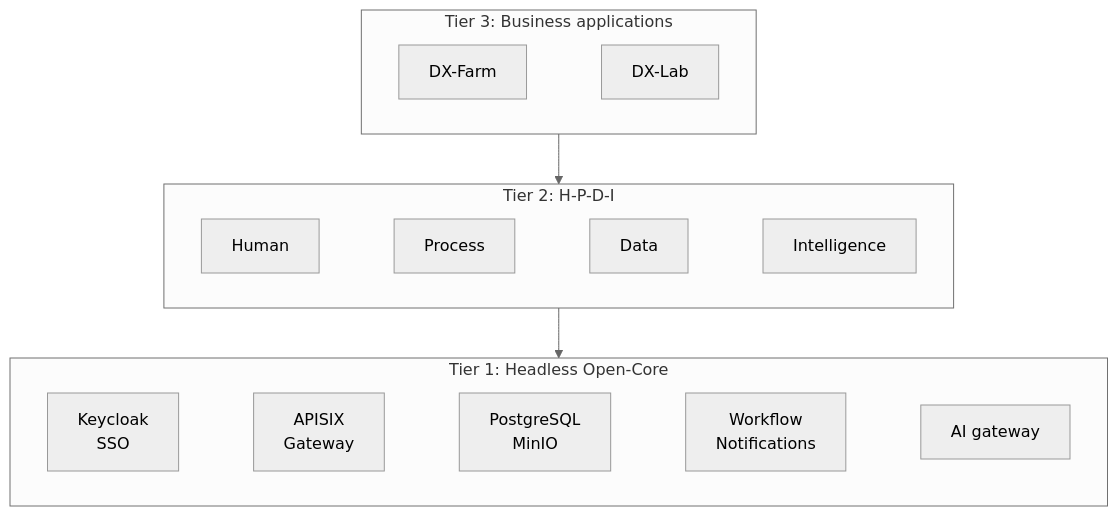
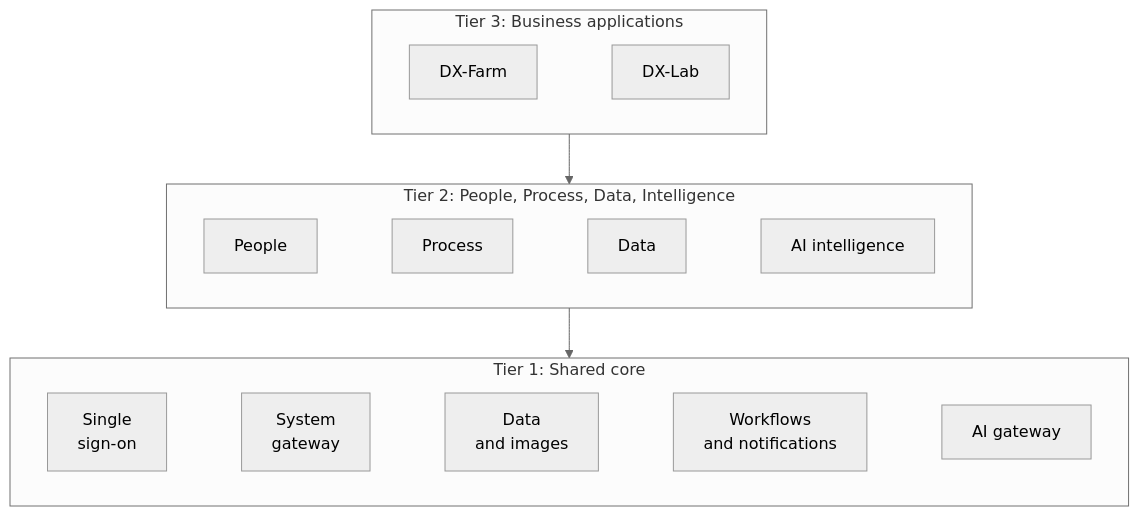
The diagram in README_EN.md (HaUI-ImplSolution/DX-OS), drawn with Mermaid (neutral theme) before and after one commit. The commit also changed other lines of this file and 1 other file, not shown here.

````diff
--- a/README_EN.md
+++ b/README_EN.md
@@ -57,16 +30,16 @@
 ```mermaid
 flowchart TB
   subgraph T3["Tier 3: Business applications"]
     direction LR
     FARM["DX-Farm"] ~~~ LAB["DX-Lab"]
   end
-  subgraph T2["Tier 2: H-P-D-I"]
+  subgraph T2["Tier 2: People, Process, Data, Intelligence"]
     direction LR
-    H["Human"] ~~~ P["Process"] ~~~ D["Data"] ~~~ I["Intelligence"]
+    H["People"] ~~~ P["Process"] ~~~ D["Data"] ~~~ I["AI intelligence"]
   end
-  subgraph T1["Tier 1: Headless Open-Core"]
+  subgraph T1["Tier 1: Shared core"]
     direction LR
-    SSO["Keycloak<br/>SSO"] ~~~ GW["APISIX<br/>Gateway"] ~~~ DATA["PostgreSQL<br/>MinIO"] ~~~ WF["Workflow<br/>Notifications"] ~~~ AI["AI gateway"]
+    SSO["Single<br/>sign-on"] ~~~ GW["System<br/>gateway"] ~~~ DATA["Data<br/>and images"] ~~~ WF["Workflows<br/>and notifications"] ~~~ AI["AI gateway"]
   end
   T3 --> T2 --> T1
 ```
````
